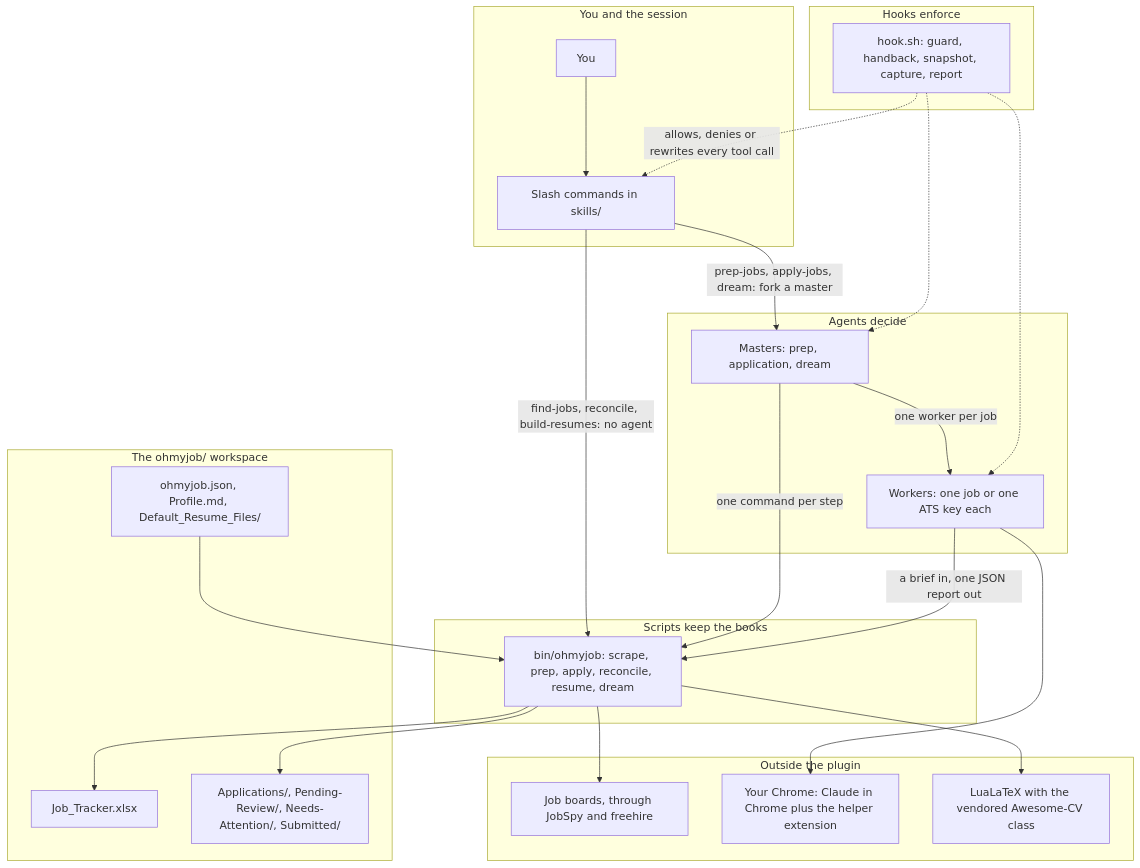
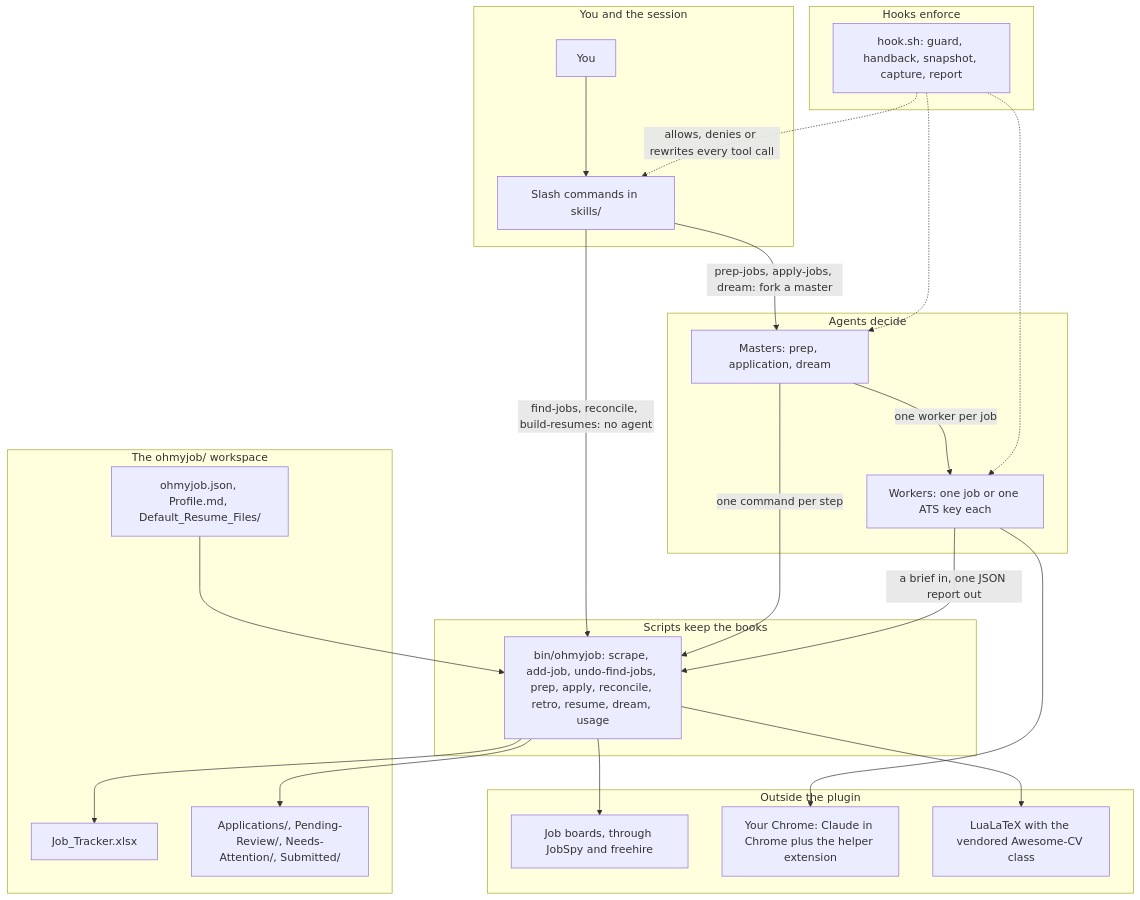
The first of 7 diagrams in docs/ARCHITECTURE.md (Maaz77/ohmyjob), drawn with Mermaid before and after one commit. The commit also changed other lines of this file and 25 other files, not shown here.

````diff
--- a/docs/ARCHITECTURE.md
+++ b/docs/ARCHITECTURE.md
@@ -11,42 +11,42 @@
 ```mermaid
 flowchart TB
     subgraph Top["You and the session"]
         USER["You"]
         CMD["Slash commands in skills/"]
     end
     subgraph AG["Agents decide"]
         MASTER["Masters: prep, application, dream"]
         WORKER["Workers: one job or one ATS key each"]
     end
     subgraph SC["Scripts keep the books"]
-        OHMYJOB["bin/ohmyjob: scrape, prep, apply, reconcile, resume, dream"]
+        OHMYJOB["bin/ohmyjob: scrape, add-job, undo-find-jobs, prep, apply, reconcile, retro, resume, dream, usage"]
     end
     subgraph HO["Hooks enforce"]
         HOOK["hook.sh: guard, handback, snapshot, capture, report"]
     end
     subgraph OUT["Outside the plugin"]
         BOARDS["Job boards, through JobSpy and freehire"]
         CHROME["Your Chrome: Claude in Chrome plus the helper extension"]
         TEX["LuaLaTeX with the vendored Awesome-CV class"]
     end
     subgraph WS["The ohmyjob/ workspace"]
         INPUT["ohmyjob.json, Profile.md, Default_Resume_Files/"]
         TRACKER["Job_Tracker.xlsx"]
         FOLDERS["Applications/, Pending-Review/, Needs-Attention/, Submitted/"]
     end
     USER --> CMD
     CMD -->|"find-jobs, reconcile, build-resumes: no agent"| OHMYJOB
     CMD -->|"prep-jobs, apply-jobs, dream: fork a master"| MASTER
     MASTER -->|"one command per step"| OHMYJOB
     MASTER -->|"one worker per job"| WORKER
     WORKER -->|"a brief in, one JSON report out"| OHMYJOB
     HOOK -.->|"allows, denies or rewrites every tool call"| CMD
     HOOK -.-> MASTER
     HOOK -.-> WORKER
     INPUT --> OHMYJOB
     OHMYJOB --> BOARDS
     OHMYJOB --> TEX
     WORKER --> CHROME
     OHMYJOB --> TRACKER
     OHMYJOB --> FOLDERS
 ```
````
